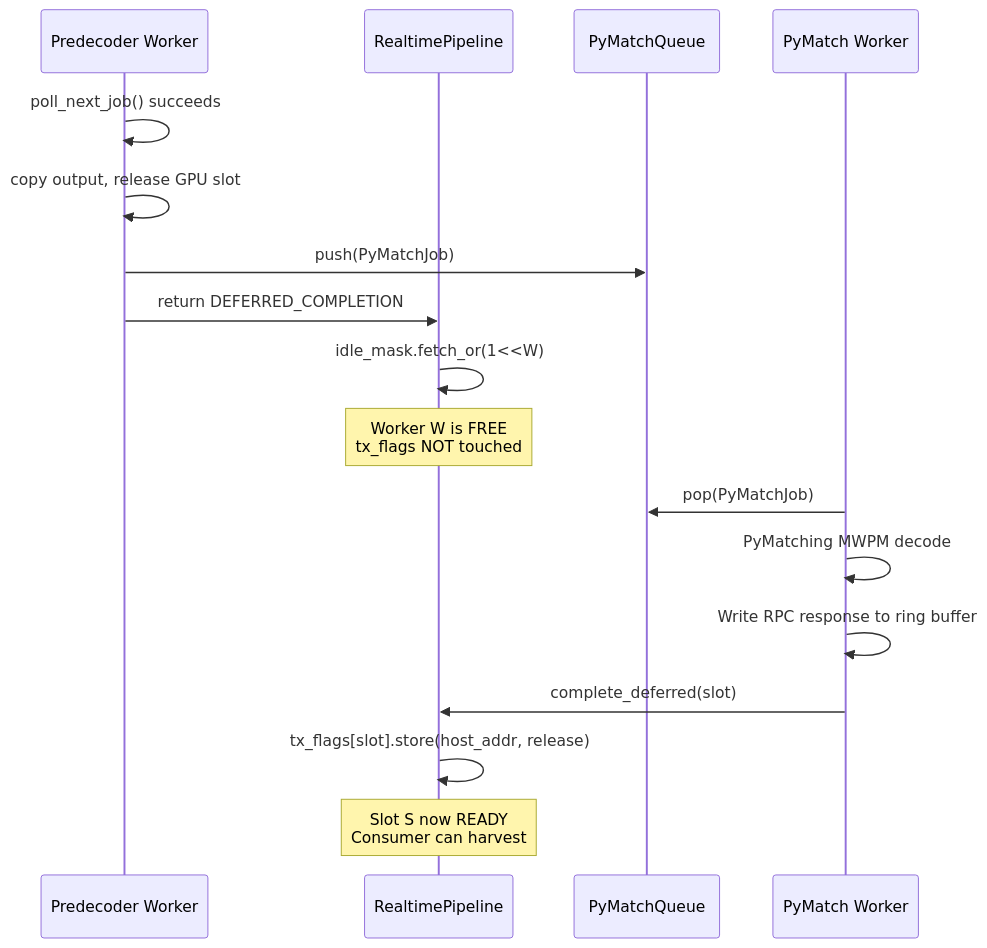
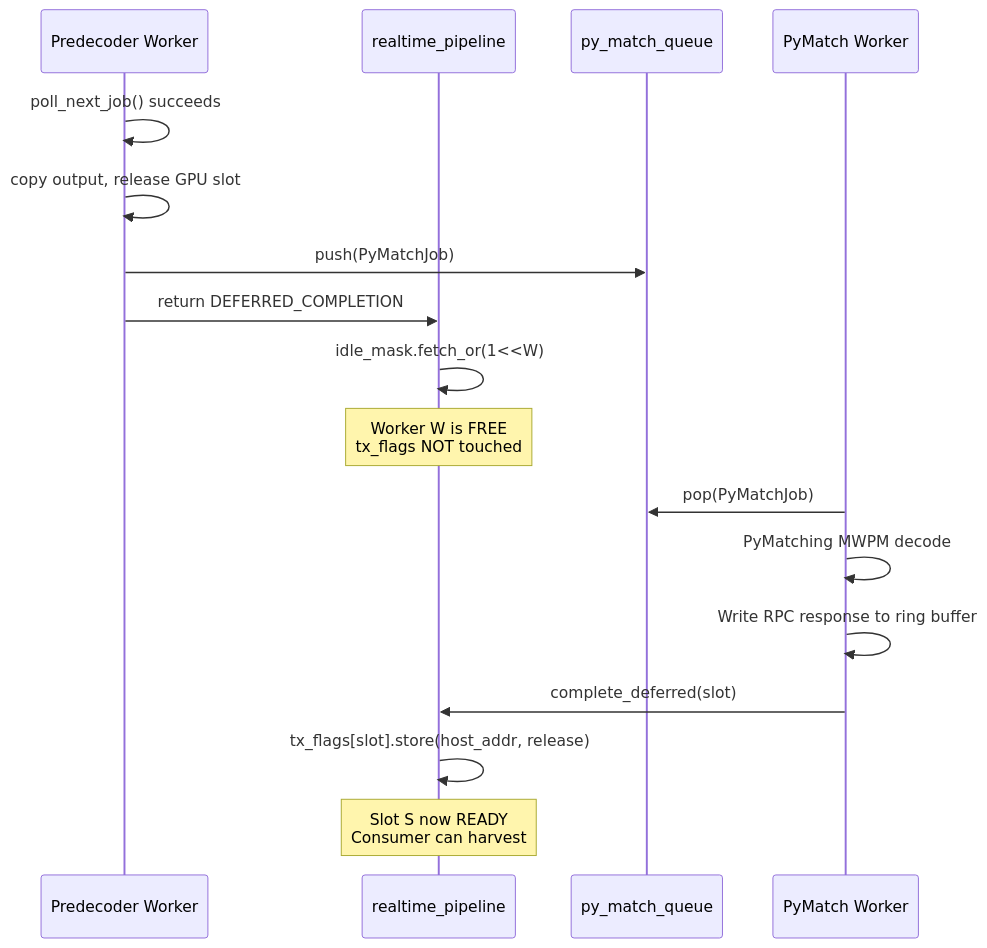
Before and after one commit to wsttiger/cudaqx: the eighth of 8 diagrams in libs/qec/lib/realtime/realtime_pipeline_architecture.md, drawn with Mermaid. The commit also changed other lines of this file and 1 other file, not shown here.

Commit message:
Updated docs to match the snake case and namespaces

````diff
--- a/libs/qec/lib/realtime/realtime_pipeline_architecture.md
+++ b/libs/qec/lib/realtime/realtime_pipeline_architecture.md
@@ -430,21 +430,21 @@
 ```mermaid
 sequenceDiagram
     participant PW as Predecoder Worker
-    participant Pipeline as RealtimePipeline
-    participant PMQ as PyMatchQueue
+    participant Pipeline as realtime_pipeline
+    participant PMQ as py_match_queue
     participant PMW as PyMatch Worker
 
     PW->>PW: poll_next_job() succeeds
     PW->>PW: copy output, release GPU slot
     PW->>PMQ: push(PyMatchJob)
     PW->>Pipeline: return DEFERRED_COMPLETION
     Pipeline->>Pipeline: idle_mask.fetch_or(1<<W)
     Note over Pipeline: Worker W is FREE<br>tx_flags NOT touched
 
     PMW->>PMQ: pop(PyMatchJob)
     PMW->>PMW: PyMatching MWPM decode
     PMW->>PMW: Write RPC response to ring buffer
     PMW->>Pipeline: complete_deferred(slot)
     Pipeline->>Pipeline: tx_flags[slot].store(host_addr, release)
     Note over Pipeline: Slot S now READY<br>Consumer can harvest
 ```
````
